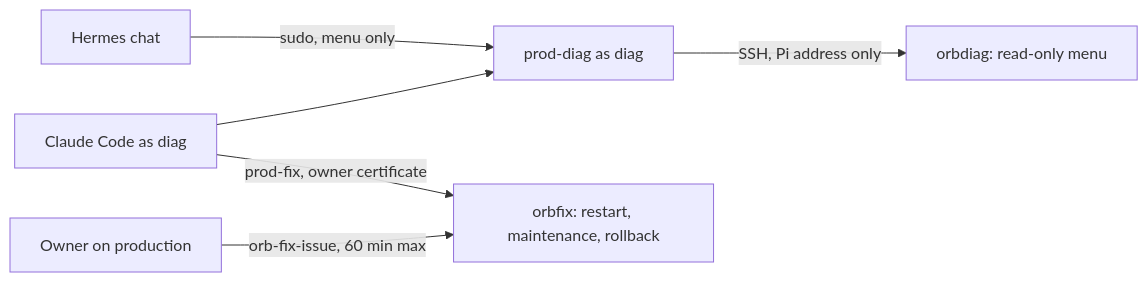
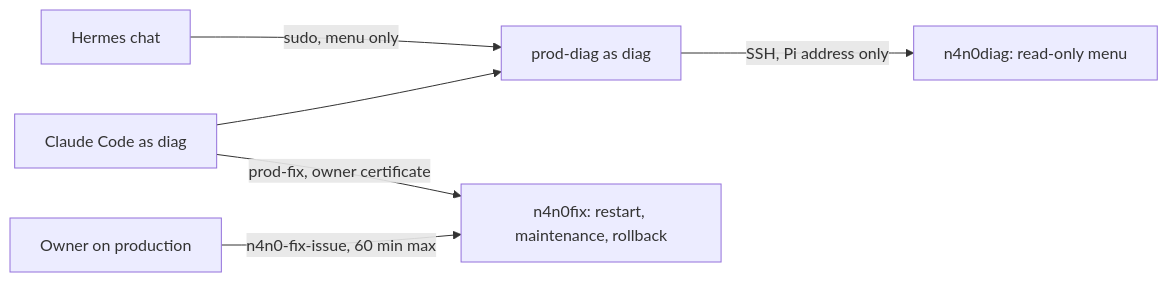
The diagram in docs/operations/remote-diagnosis.md (Orbiters-cc/Documentation), drawn with Mermaid before and after one commit. The commit also changed other lines of this file and 11 other files, not shown here.

````diff
--- a/docs/operations/remote-diagnosis.md
+++ b/docs/operations/remote-diagnosis.md
@@ -20,10 +20,10 @@
 ```mermaid
 flowchart LR
   accTitle: Remote diagnosis trust path
   accDescr: Hermes and Claude Code on the Pi reach production only through the diag user, whose key production accepts for a fixed read-only menu, while operations need a short-lived certificate the owner signs on production.
   H[Hermes chat] -- sudo, menu only --> D[prod-diag as diag]
   C[Claude Code as diag] --> D
-  D -- "SSH, Pi address only" --> O[orbdiag: read-only menu]
-  C -- "prod-fix, owner certificate" --> F[orbfix: restart, maintenance, rollback]
-  OW[Owner on production] -- orb-fix-issue, 60 min max --> F
+  D -- "SSH, Pi address only" --> O[n4n0diag: read-only menu]
+  C -- "prod-fix, owner certificate" --> F[n4n0fix: restart, maintenance, rollback]
+  OW[Owner on production] -- n4n0-fix-issue, 60 min max --> F
 ```
````
